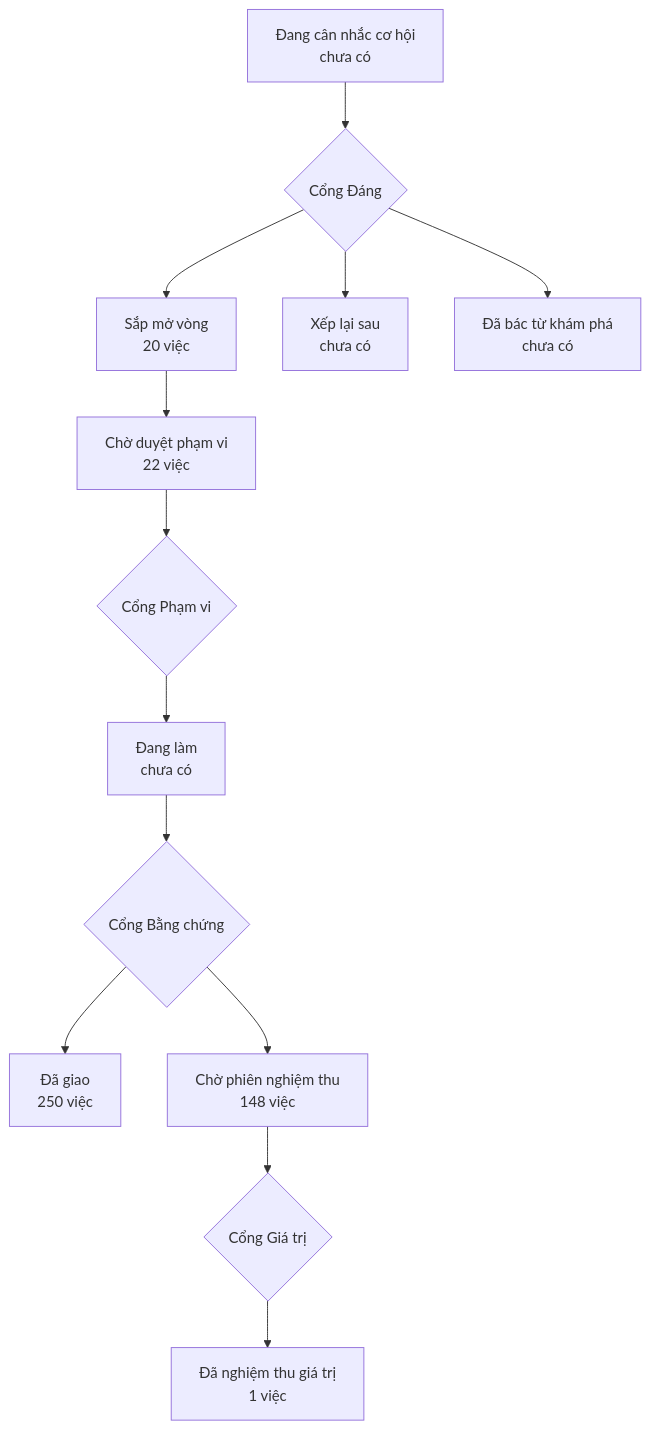
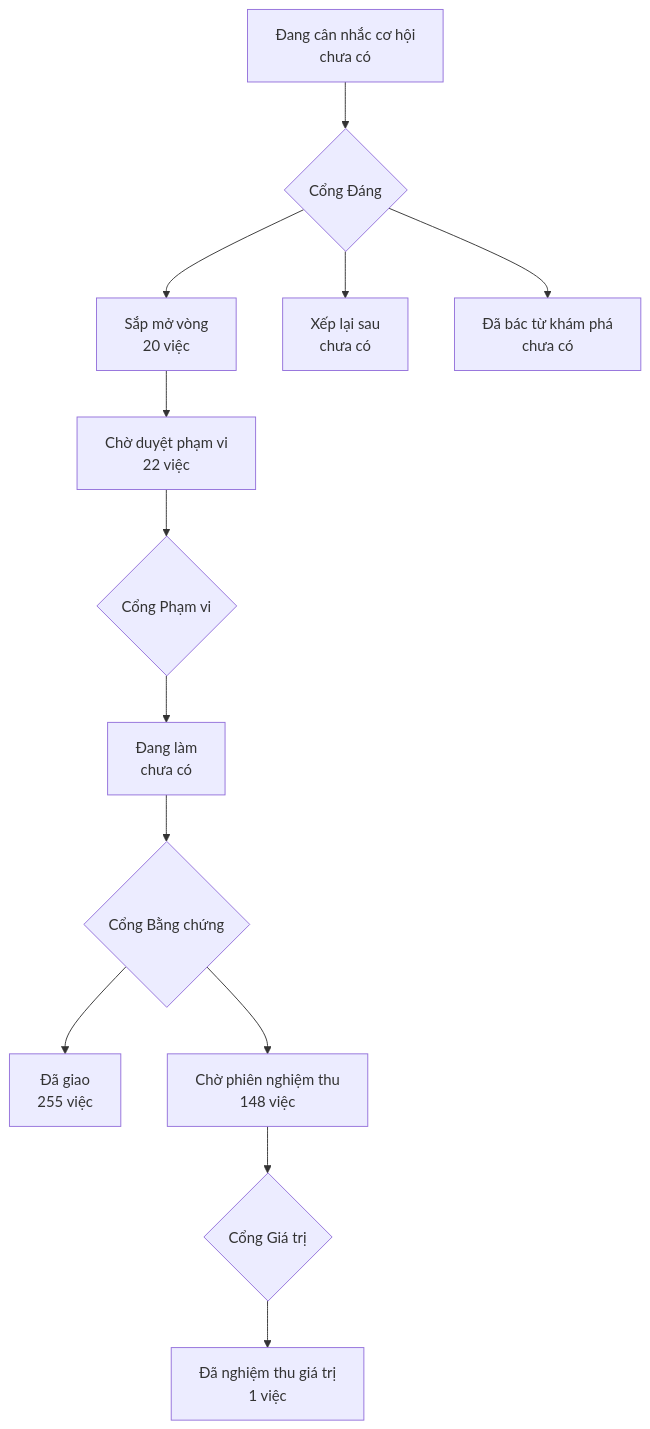
One commit to phanlemanh/onehub-invest changed the diagram in PRODUCT-MAP.md. Above: the diagram before and after it, drawn with Mermaid. The commit also changed other lines of this file and 1 other file, not shown here.

````diff
--- a/PRODUCT-MAP.md
+++ b/PRODUCT-MAP.md
@@ -7,12 +7,12 @@
 ```mermaid
 flowchart TD
   A["Đang cân nhắc cơ hội<br/>chưa có"] --> GD{"Cổng Đáng"}
   GD --> B["Sắp mở vòng<br/>20 việc"]
   GD --> XL["Xếp lại sau<br/>chưa có"]
   GD --> DB["Đã bác từ khám phá<br/>chưa có"]
   B --> CD["Chờ duyệt phạm vi<br/>22 việc"] --> GP{"Cổng Phạm vi"}
   GP --> DL["Đang làm<br/>chưa có"] --> GB{"Cổng Bằng chứng"}
-  GB --> DG["Đã giao<br/>250 việc"]
+  GB --> DG["Đã giao<br/>255 việc"]
   GB --> CN["Chờ phiên nghiệm thu<br/>148 việc"] --> GG{"Cổng Giá trị"}
   GG --> NT["Đã nghiệm thu giá trị<br/>1 việc"]
 ```
````
